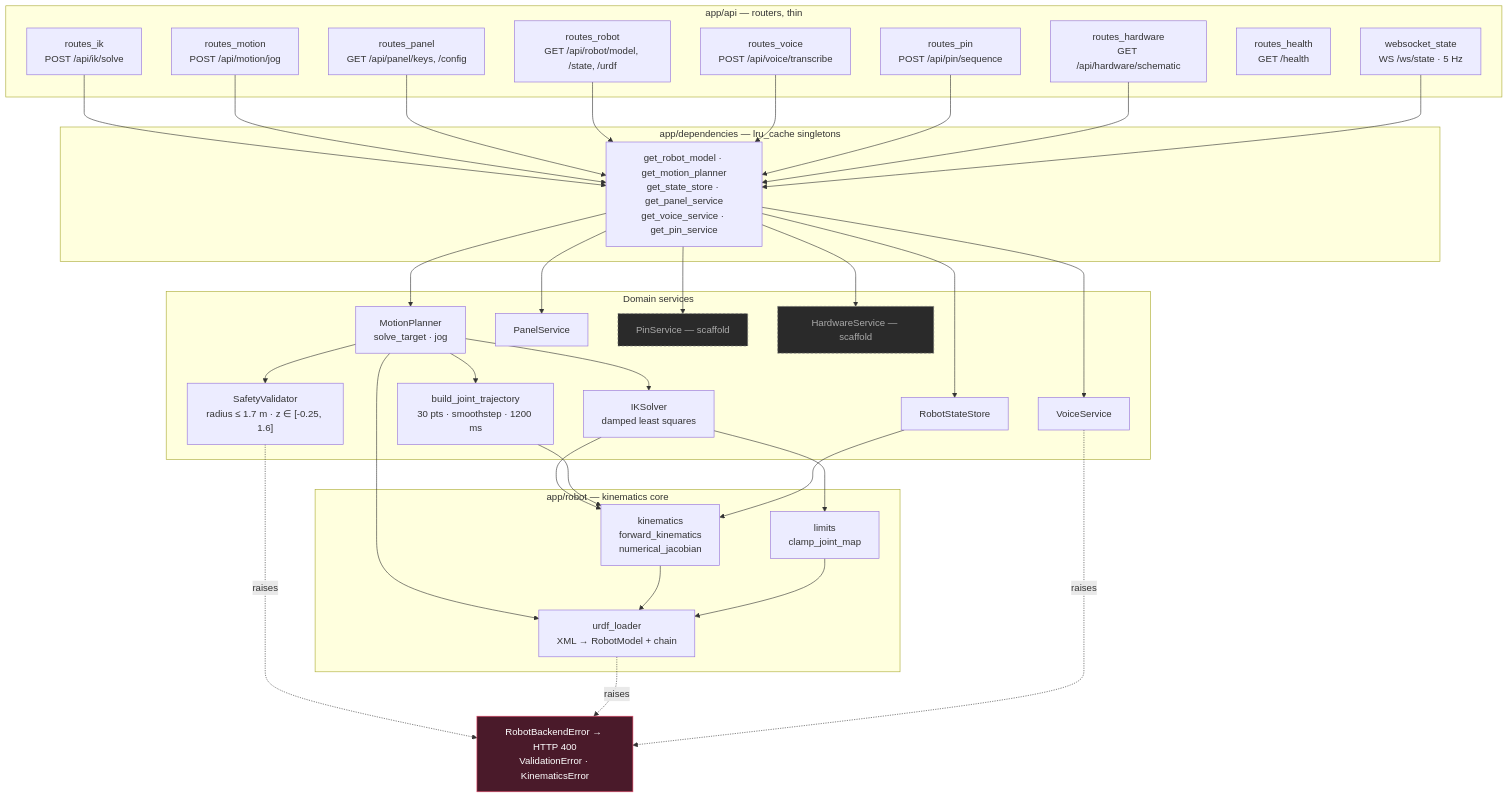
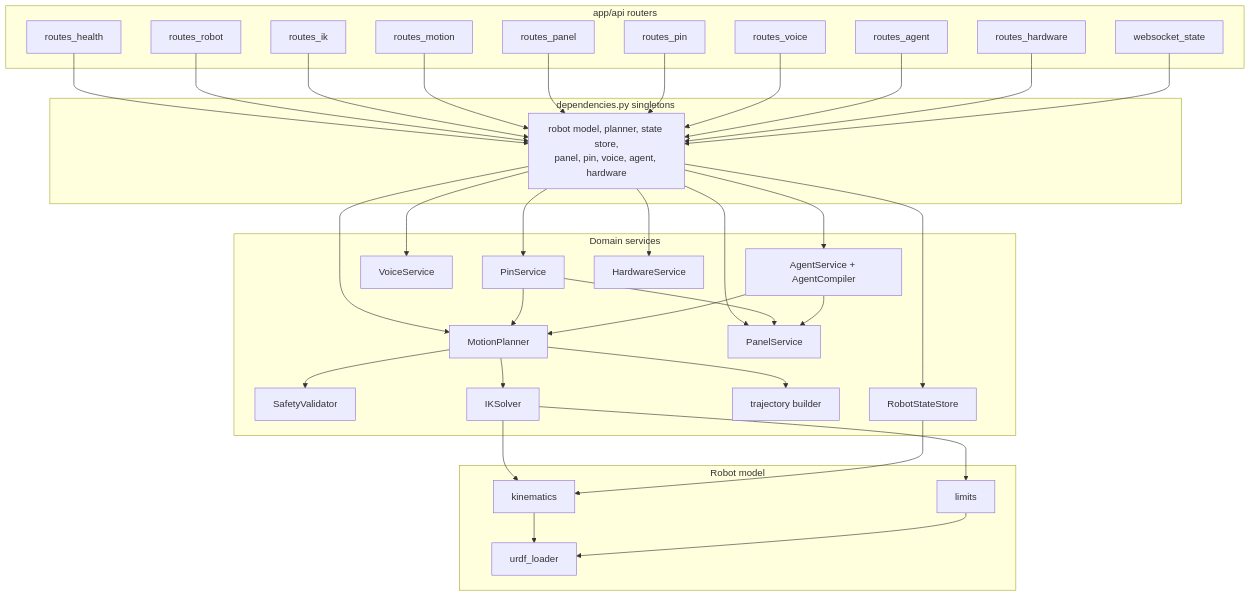
The third of 8 diagrams in docs/architecture/system-architecture.md (ShafayetSadi/iut-techathon-onsite), drawn with Mermaid before and after one commit. The commit also changed other lines of this file and 2 other files, not shown here.

Commit message:
docs: updated architecture and readme

````diff
--- a/docs/architecture/system-architecture.md
+++ b/docs/architecture/system-architecture.md
@@ -225,74 +145,70 @@
 ```mermaid
 flowchart TB
-    subgraph routes["app/api — routers, thin"]
-        R1["routes_ik<br/>POST /api/ik/solve"]
-        R2["routes_motion<br/>POST /api/motion/jog"]
-        R3["routes_panel<br/>GET /api/panel/keys, /config"]
-        R4["routes_robot<br/>GET /api/robot/model, /state, /urdf"]
-        R5["routes_voice<br/>POST /api/voice/transcribe"]
-        R6["routes_pin<br/>POST /api/pin/sequence"]
-        R7["routes_hardware<br/>GET /api/hardware/schematic"]
-        R8["routes_health<br/>GET /health"]
-        R9["websocket_state<br/>WS /ws/state · 5 Hz"]
+    subgraph routes["app/api routers"]
+        R1["routes_health"]
+        R2["routes_robot"]
+        R3["routes_ik"]
+        R4["routes_motion"]
+        R5["routes_panel"]
+        R6["routes_pin"]
+        R7["routes_voice"]
+        R8["routes_agent"]
+        R9["routes_hardware"]
+        R10["websocket_state"]
     end
 
-    subgraph deps["app/dependencies — lru_cache singletons"]
-        D["get_robot_model · get_motion_planner<br/>get_state_store · get_panel_service<br/>get_voice_service · get_pin_service"]
+    subgraph deps["dependencies.py singletons"]
+        D["robot model, planner, state store,<br/>panel, pin, voice, agent, hardware"]
     end
 
     subgraph domain["Domain services"]
-        MP["MotionPlanner<br/>solve_target · jog"]
-        SV["SafetyValidator<br/>radius ≤ 1.7 m · z ∈ [-0.25, 1.6]"]
-        IK["IKSolver<br/>damped least squares"]
-        TRAJ["build_joint_trajectory<br/>30 pts · smoothstep · 1200 ms"]
-        SS["RobotStateStore"]
-        PS["PanelService"]
-        VS["VoiceService"]
-        PIN["PinService — scaffold"]
-        HW["HardwareService — scaffold"]
+        MP["MotionPlanner"]
+        SV["SafetyValidator"]
+        IKS["IKSolver"]
+        TRAJ["trajectory builder"]
+        STATE["RobotStateStore"]
+        PANEL["PanelService"]
+        PIN["PinService"]
+        VOICE["VoiceService"]
+        AGENT["AgentService + AgentCompiler"]
+        HW["HardwareService"]
     end
 
-    subgraph robot["app/robot — kinematics core"]
-        UL["urdf_loader<br/>XML → RobotModel + chain"]
-        KIN["kinematics<br/>forward_kinematics<br/>numerical_jacobian"]
-        LIM["limits<br/>clamp_joint_map"]
+    subgraph model["Robot model"]
+        URDFL["urdf_loader"]
+        KIN["kinematics"]
+        LIM["limits"]
     end
-
-    ERR["RobotBackendError → HTTP 400<br/>ValidationError · KinematicsError"]
 
     R1 --> D
     R2 --> D
     R3 --> D
     R4 --> D
     R5 --> D
     R6 --> D
     R7 --> D
+    R8 --> D
     R9 --> D
+    R10 --> D
 
     D --> MP
-    D --> SS
-    D --> PS
-    D --> VS
+    D --> STATE
+    D --> PANEL
     D --> PIN
+    D --> VOICE
+    D --> AGENT
     D --> HW
 
     MP --> SV
-    MP --> IK
+    MP --> IKS
     MP --> TRAJ
-    IK --> KIN
-    IK --> LIM
-    TRAJ --> KIN
-    SS --> KIN
-    MP --> UL
-    KIN --> UL
-    LIM --> UL
-
-    SV -.->|"raises"| ERR
-    UL -.->|"raises"| ERR
-    VS -.->|"raises"| ERR
-
-    classDef scaffold fill:#2a2a2a,stroke:#777,color:#aaa,stroke-dasharray:4 3
-    classDef err fill:#4a1a2a,stroke:#e94b6a,color:#fff
-    class PIN,HW scaffold
-    class ERR err
+    IKS --> KIN
+    IKS --> LIM
+    KIN --> URDFL
+    LIM --> URDFL
+    STATE --> KIN
+    PIN --> PANEL
+    PIN --> MP
+    AGENT --> PANEL
+    AGENT --> MP
 ```
````
